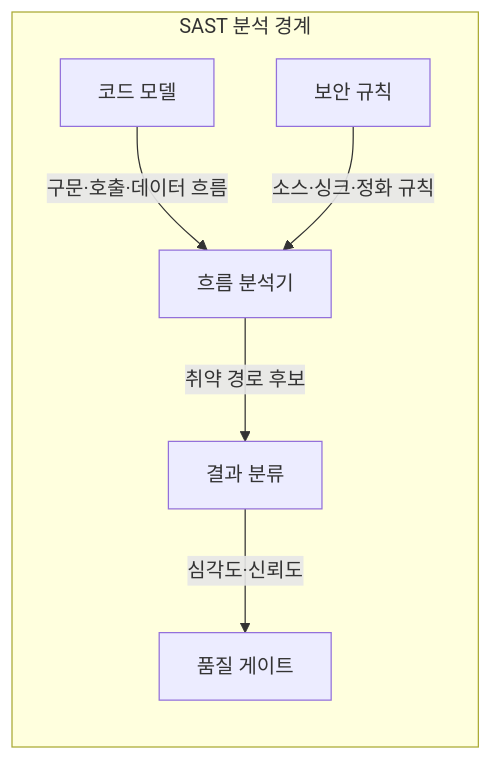
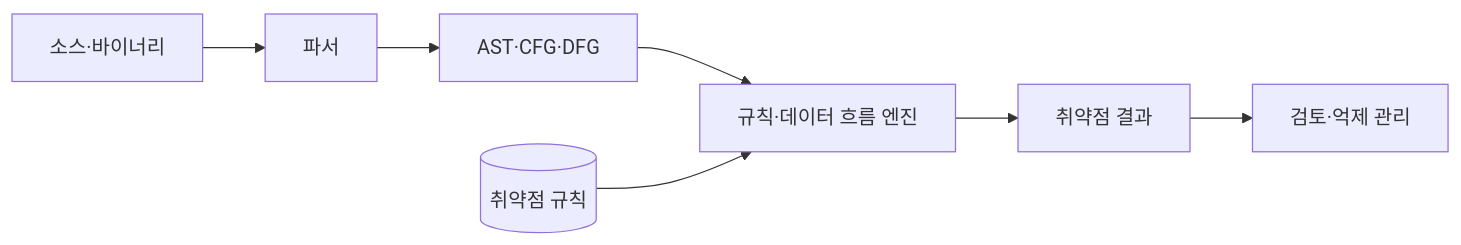
One commit to agnusdei1207/knowledge-base changed the first of 2 diagrams in src/content/docs/notes/03-software/067_static_application_security_testing.md. Above: the diagram before and after it, drawn with Mermaid. The commit also changed other lines of this file and 7 other files, not shown here.

````diff
--- a/src/content/docs/notes/03-software/067_static_application_security_testing.md
+++ b/src/content/docs/notes/03-software/067_static_application_security_testing.md
@@ -59,14 +53,9 @@
 ```mermaid
 flowchart LR
-    subgraph S[SAST 분석 경계]
-        M[코드 모델]
-        R[보안 규칙]
-        A[흐름 분석기]
-        C[결과 분류]
-        G[품질 게이트]
-        M -->|구문·호출·데이터 흐름| A
-        R -->|소스·싱크·정화 규칙| A
-        A -->|취약 경로 후보| C
-        C -->|심각도·신뢰도| G
-    end
+    C[소스·바이너리] --> P[파서]
+    P --> I[AST·CFG·DFG]
+    I --> E[규칙·데이터 흐름 엔진]
+    R[(취약점 규칙)] --> E
+    E --> F[취약점 결과]
+    F --> T[검토·억제 관리]
 ```
````
